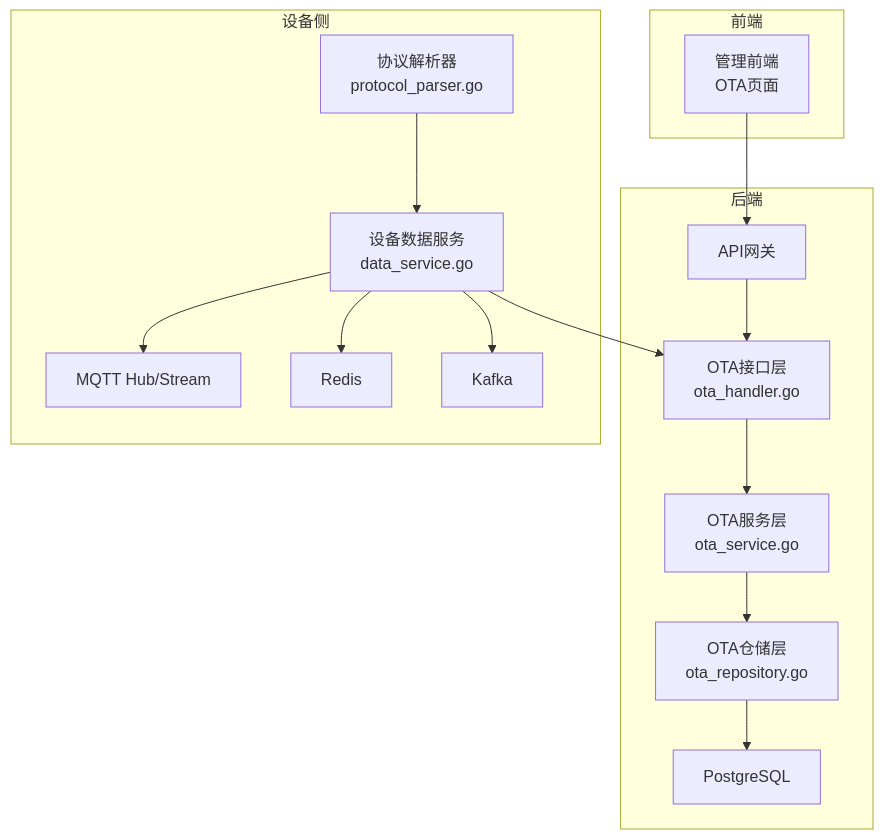
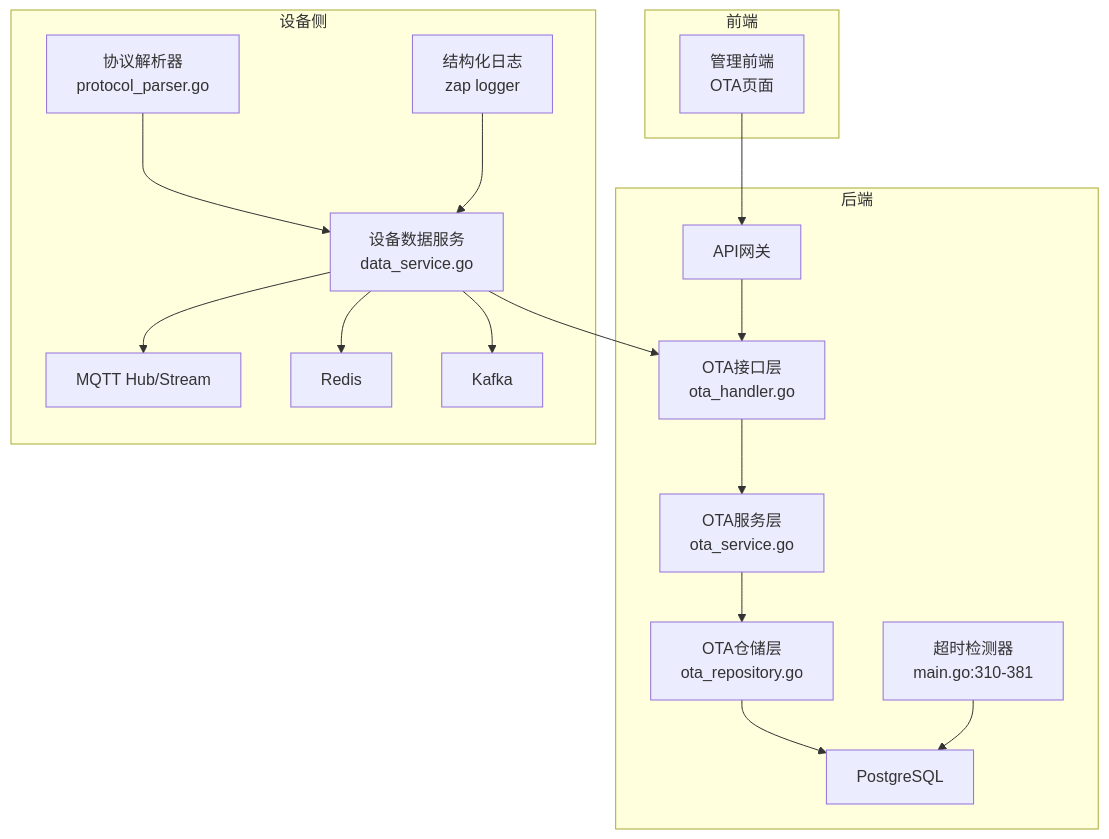
One commit to mcmrzy/cs_inv_monitor-develop changed the first of 4 diagrams in .qoder/repowiki/zh/content/OTA升级系统/OTA状态跟踪.md. Above: the diagram before and after it, drawn with Mermaid. The commit also changed other lines of this file and 28 other files, not shown here.

````diff
--- a/.qoder/repowiki/zh/content/OTA升级系统/OTA状态跟踪.md
+++ b/.qoder/repowiki/zh/content/OTA升级系统/OTA状态跟踪.md
@@ -37,26 +48,30 @@
 ```mermaid
 graph TB
 subgraph "前端"
 FE["管理前端<br/>OTA页面"]
 end
 subgraph "后端"
 GW["API网关"]
 API["OTA接口层<br/>ota_handler.go"]
 SVC["OTA服务层<br/>ota_service.go"]
 REPO["OTA仓储层<br/>ota_repository.go"]
 DB["PostgreSQL"]
+TIMEOUT["超时检测器<br/>main.go:310-381"]
 end
 subgraph "设备侧"
 DS["设备数据服务<br/>data_service.go"]
 PP["协议解析器<br/>protocol_parser.go"]
 MQTT["MQTT Hub/Stream"]
 REDIS["Redis"]
 KAFKA["Kafka"]
+LOGGER["结构化日志<br/>zap logger"]
 end
 FE --> GW --> API --> SVC --> REPO --> DB
+TIMEOUT --> DB
 DS --> MQTT
 DS --> REDIS
 DS --> KAFKA
 PP --> DS
 DS --> API
+LOGGER --> DS
 ```
````
